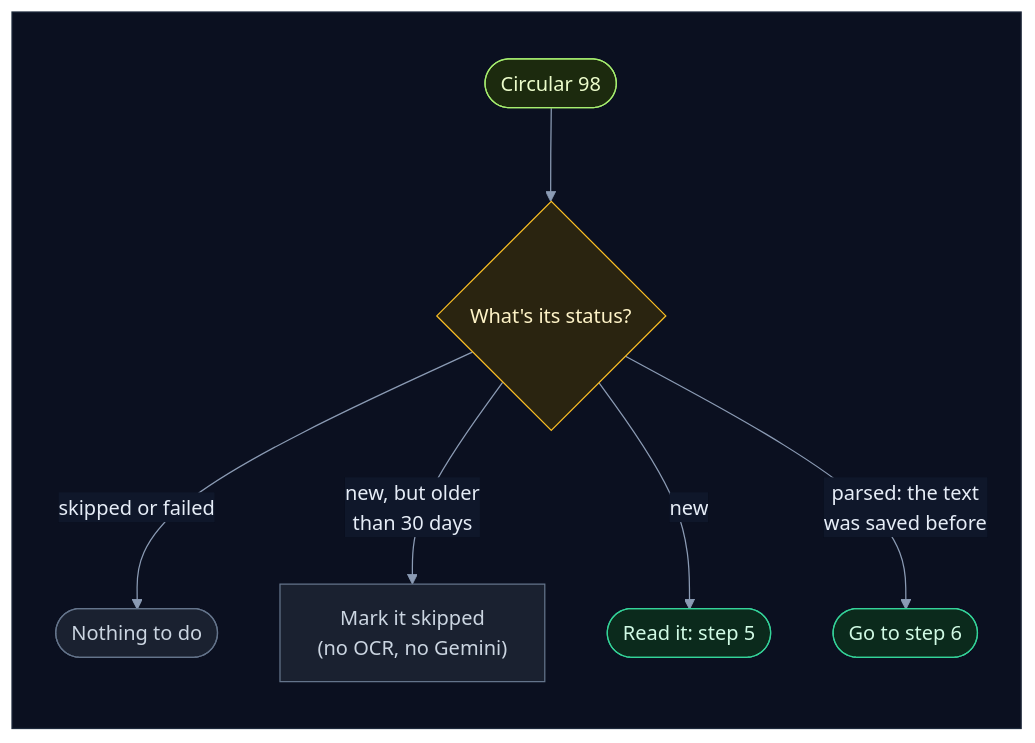
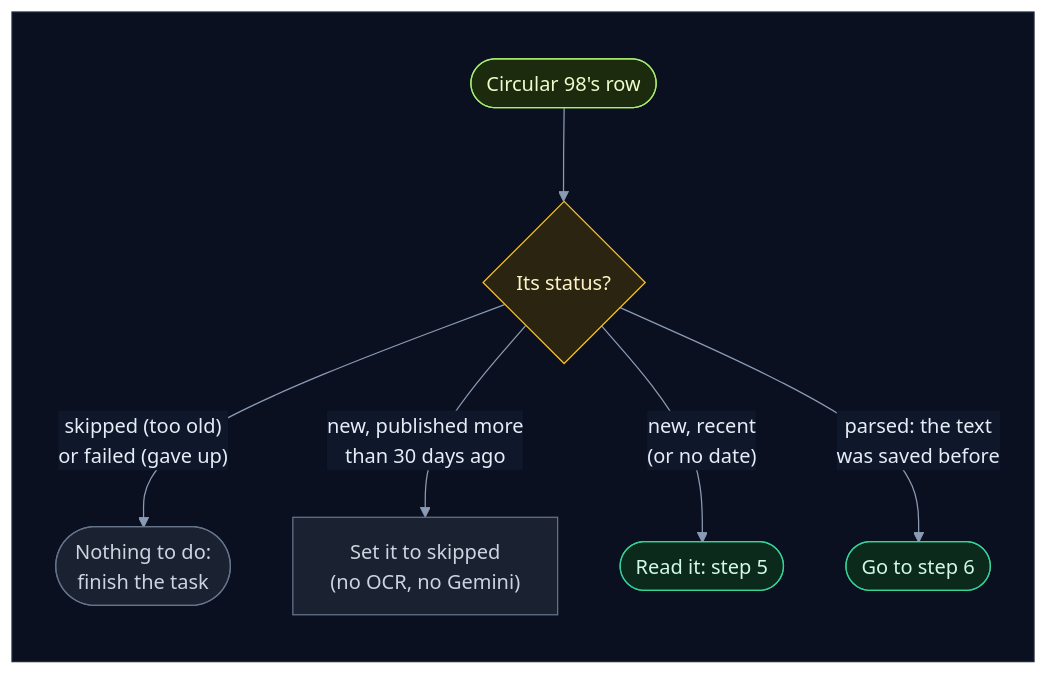
The seventh of 43 diagrams in backend/worker/INTERNALS.md (selvakumarperumal/Regulatory_Circular_Impact_Agent), drawn with Mermaid before and after one commit. The commit also changed other lines of this file and 2 other files, not shown here.

First line of the commit message:
Explain how tasks are owned, skipped, failed and run again

````diff
--- a/backend/worker/INTERNALS.md
+++ b/backend/worker/INTERNALS.md
@@ -357,27 +424,27 @@
 ```mermaid
 %%{init: {"theme": "base", "flowchart": {"diagramPadding": 0}, "themeVariables": {"darkMode": true, "primaryColor": "#16213a", "primaryTextColor": "#e6edf7", "primaryBorderColor": "#475a7a", "lineColor": "#8b9bb4", "secondaryColor": "#1b2436", "tertiaryColor": "#101a2e", "edgeLabelBackground": "#0f172a", "textColor": "#e2e8f0", "clusterBkg": "#0f1728", "clusterBorder": "#2b3a55", "titleColor": "#c4b5fd", "nodeTextColor": "#e6edf7"}}}%%
 flowchart TD
     subgraph canvas[" "]
         direction TB
-        c(["Circular 98"]) --> s{"What's its status?"}
-        s -->|"skipped or failed"| n(["Nothing to do"])
-        s -->|"new, but older<br/>than 30 days"| k["Mark it skipped<br/>(no OCR, no Gemini)"]
-        s -->|"new"| r(["Read it: step 5"])
+        c(["Circular 98's row"]) --> s{"Its status?"}
+        s -->|"skipped (too old)<br/>or failed (gave up)"| n(["Nothing to do:<br/>finish the task"])
+        s -->|"new, published more<br/>than 30 days ago"| k["Set it to skipped<br/>(no OCR, no Gemini)"]
+        s -->|"new, recent<br/>(or no date)"| r(["Read it: step 5"])
         s -->|"parsed: the text<br/>was saved before"| six(["Go to step 6"])
     end
     classDef svc fill:#0e2a2c,stroke:#2dd4bf,color:#ccfbf1
     classDef data fill:#1c1a47,stroke:#818cf8,color:#e0e7ff
     classDef ext fill:#2a1640,stroke:#c084fc,color:#f3e8ff
     classDef gpu fill:#2d1b0c,stroke:#fb923c,color:#ffedd5
     classDef ask fill:#2a2410,stroke:#fbbf24,color:#fef3c7
     classDef ok fill:#0b2a1c,stroke:#34d399,color:#d1fae5
     classDef bad fill:#2e0f17,stroke:#fb7185,color:#ffe4e6
     classDef start fill:#1c2a0e,stroke:#a7ef6f,color:#ecfccb
     classDef muted fill:#1a2130,stroke:#64748b,color:#cbd5e1
     classDef queue fill:#0c2231,stroke:#38bdf8,color:#e0f2fe
     class c start
     class s ask
     class n,k muted
     class r,six ok
     style canvas fill:#0b1020,stroke:#1e293b,color:#0b1020
 ```
````
